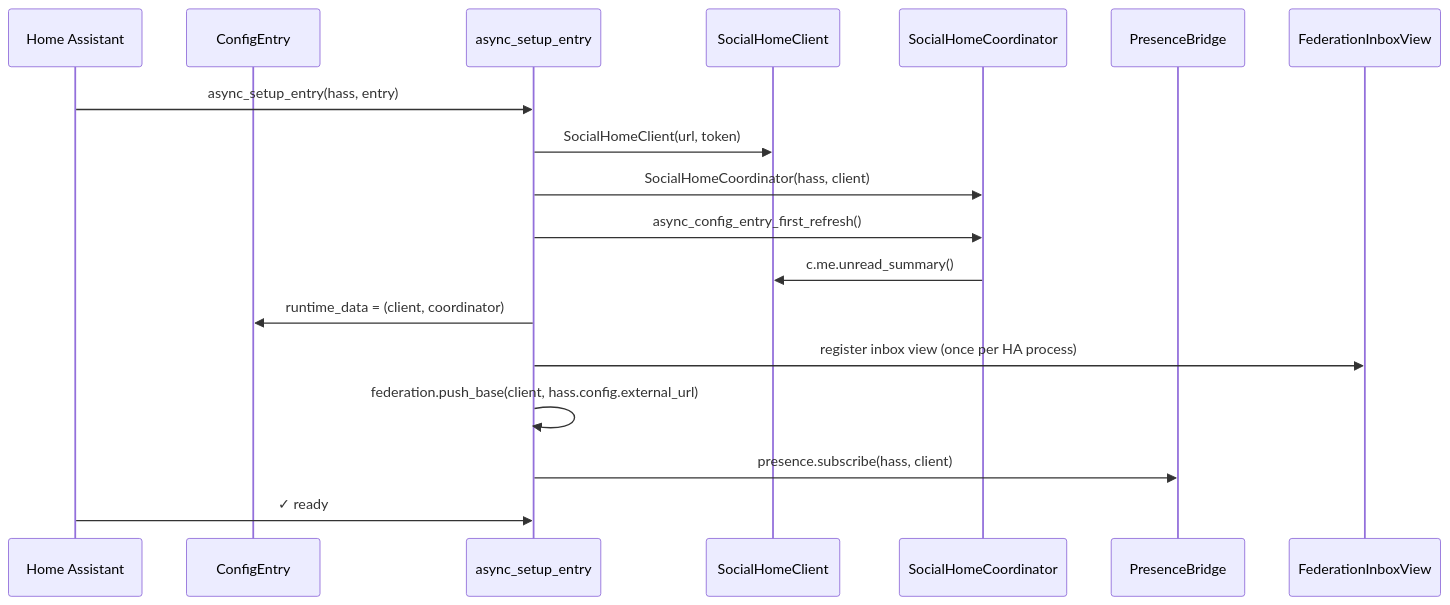
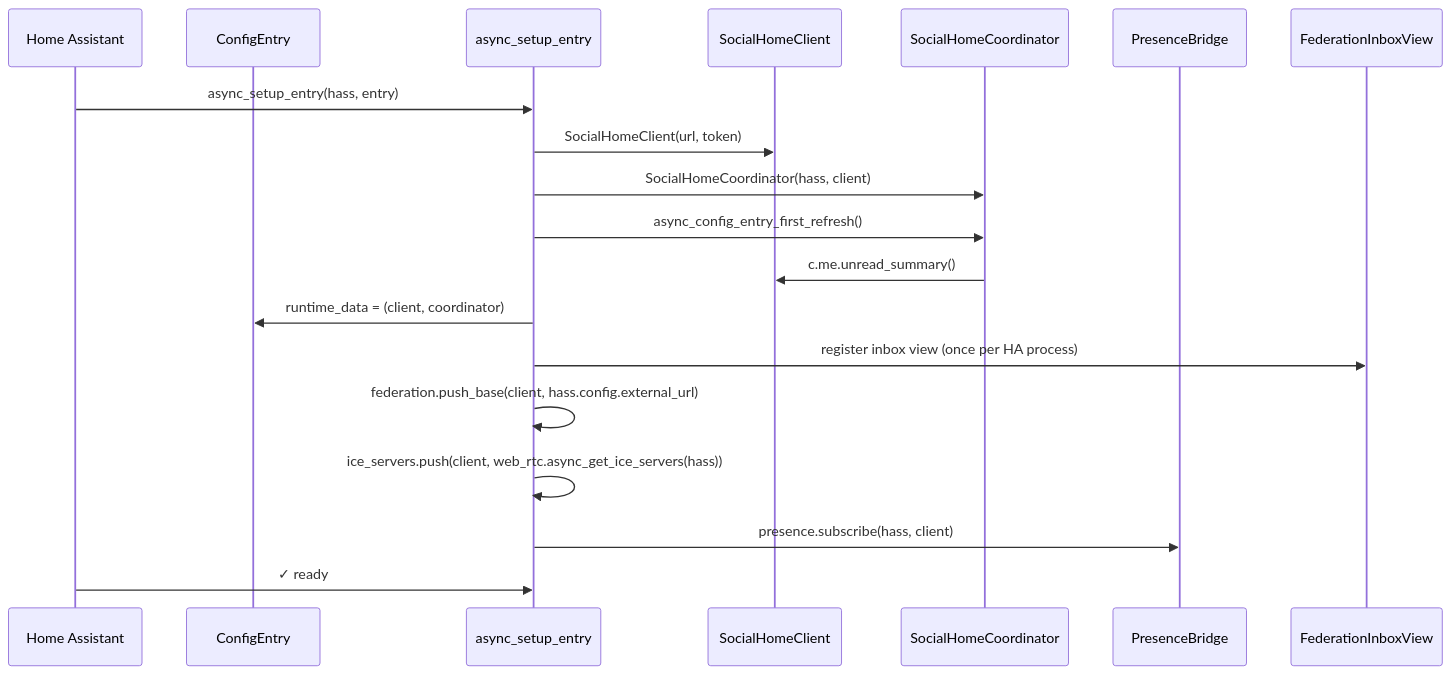
Before and after one commit to social-home-io/ha-integration: the diagram in docs/architecture.md, drawn with Mermaid. The commit also changed other lines of this file and 5 other files, not shown here.

````diff
--- a/docs/architecture.md
+++ b/docs/architecture.md
@@ -33,21 +34,22 @@
 ```mermaid
 sequenceDiagram
     participant HA as Home Assistant
     participant entry as ConfigEntry
     participant init as async_setup_entry
     participant client as SocialHomeClient
     participant coord as SocialHomeCoordinator
     participant pres as PresenceBridge
     participant view as FederationInboxView
 
     HA->>init: async_setup_entry(hass, entry)
     init->>client: SocialHomeClient(url, token)
     init->>coord: SocialHomeCoordinator(hass, client)
     init->>coord: async_config_entry_first_refresh()
     coord->>client: c.me.unread_summary()
     init->>entry: runtime_data = (client, coordinator)
     init->>view: register inbox view (once per HA process)
     init->>init: federation.push_base(client, hass.config.external_url)
+    init->>init: ice_servers.push(client, web_rtc.async_get_ice_servers(hass))
     init->>pres: presence.subscribe(hass, client)
     HA->>init: ✓ ready
 ```
````
